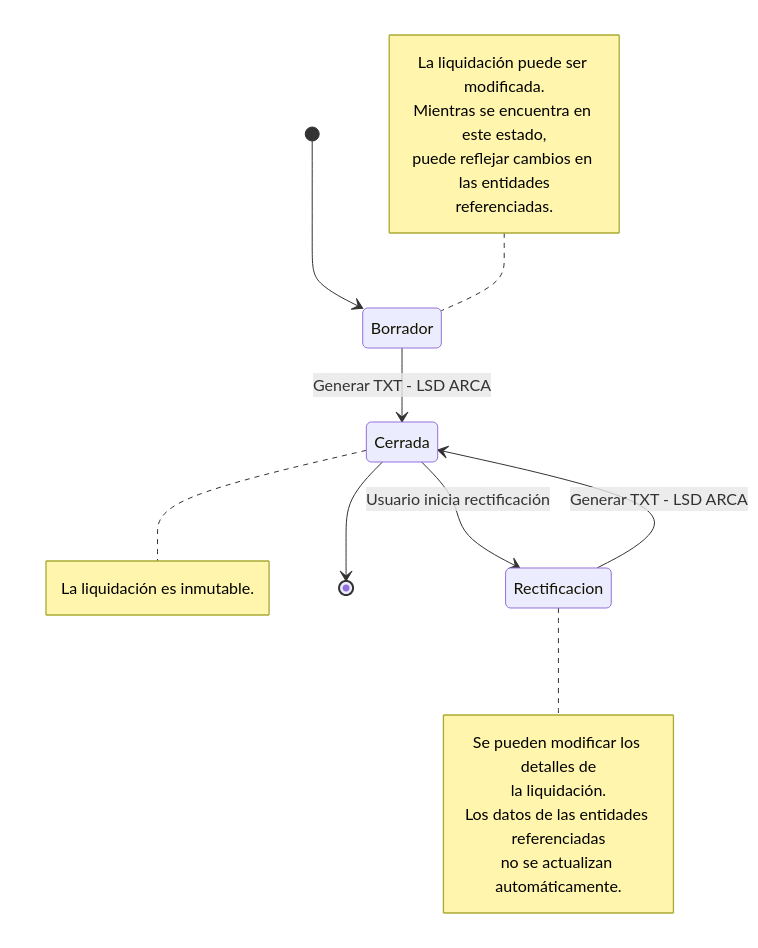
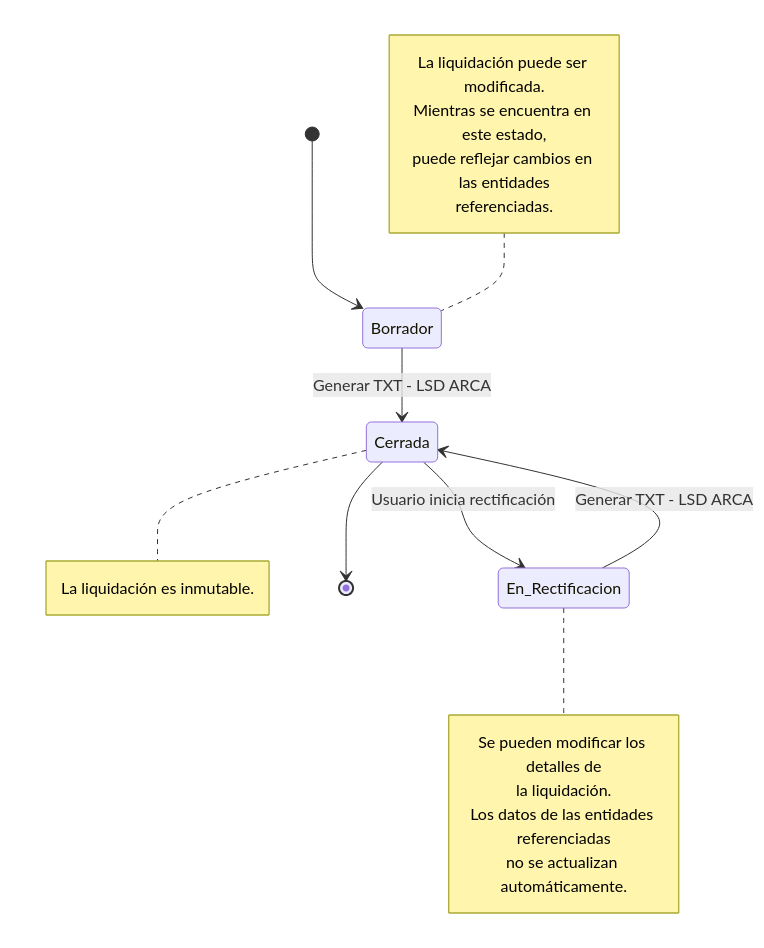
Before and after one commit to IgnacioAusili/ms_contable: the diagram in docs/dominio/estados_liquidacion.md, drawn with Mermaid. The commit also changed other lines of this file and 10 other files, not shown here.

````diff
--- a/docs/dominio/estados_liquidacion.md
+++ b/docs/dominio/estados_liquidacion.md
@@ -19,29 +19,29 @@
 ```mermaid
 stateDiagram-v2
     [*] --> Borrador
 
     Borrador --> Cerrada : Generar TXT - LSD ARCA
 
-    Cerrada --> Rectificacion : Usuario inicia rectificación
-    Rectificacion --> Cerrada : Generar TXT - LSD ARCA
+    Cerrada --> En_Rectificacion : Usuario inicia rectificación
+    En_Rectificacion --> Cerrada : Generar TXT - LSD ARCA
 
     Cerrada --> [*]
 
     note left of Borrador
         La liquidación puede ser modificada.
         Mientras se encuentra en este estado,
         puede reflejar cambios en las entidades
         referenciadas.
     end note
 
-    note right of Rectificacion
+    note right of En_Rectificacion
         Se pueden modificar los detalles de
         la liquidación.
         Los datos de las entidades referenciadas
         no se actualizan automáticamente.
     end note
 
     note right of Cerrada
         La liquidación es inmutable.
     end note
 ```
````
